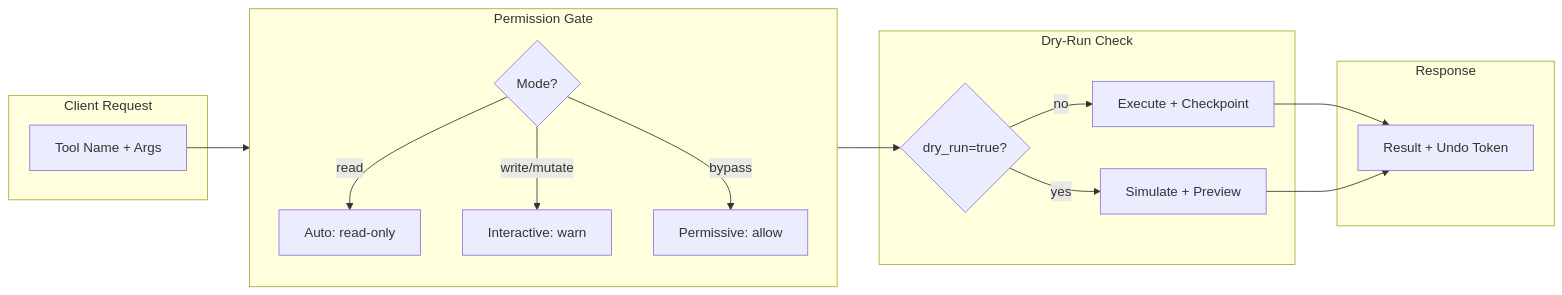
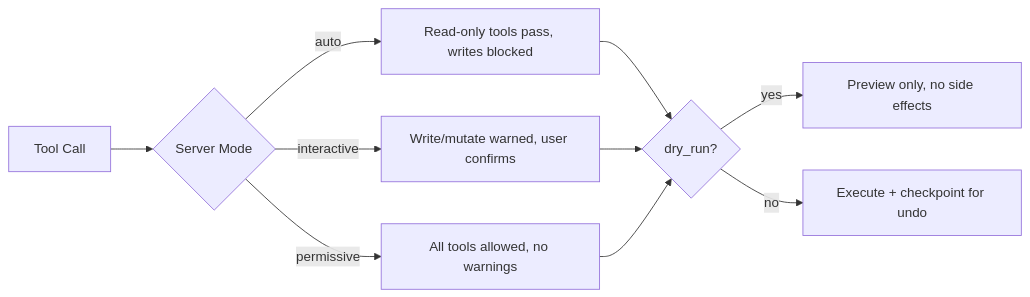
One commit to ohmpatel3877/CortexStratum changed the second of 3 diagrams in README.md. Above: the diagram before and after it, drawn with Mermaid. The commit also changed other lines of this file, not shown here.

First line of the commit message:
docs: rewrite README with 3-layer architecture, benchmarks, clear identity

````diff
--- a/README.md
+++ b/README.md
@@ -103,34 +81,12 @@
 ```mermaid
 flowchart LR
-    subgraph Input["Client Request"]
-        T[Tool Name + Args]
-    end
-    
-    subgraph Gate["Permission Gate"]
-        direction TB
-        PM{Mode?}
-        AUTO[Auto: read-only]
-        INT[Interactive: warn]
-        PERM[Permissive: allow]
-    end
-    
-    subgraph DryRun["Dry-Run Check"]
-        DR{dry_run=true?}
-        SIM[Simulate + Preview]
-        EXEC[Execute + Checkpoint]
-    end
-    
-    subgraph Output["Response"]
-        R[Result + Undo Token]
-    end
-    
-    T --> PM
-    PM -->|read| AUTO
-    PM -->|write/mutate| INT
-    PM -->|bypass| PERM
-    INT --> DR
-    DR -->|yes| SIM
-    DR -->|no| EXEC
-    EXEC --> R
-    SIM --> R
+    T[Tool Call] --> PM{Server Mode}
+    PM -->|auto| READ[Read-only tools pass, writes blocked]
+    PM -->|interactive| WARN[Write/mutate warned, user confirms]
+    PM -->|permissive| ALLOW[All tools allowed, no warnings]
+    READ --> DR{dry_run?}
+    WARN --> DR
+    ALLOW --> DR
+    DR -->|yes| SIM[Preview only, no side effects]
+    DR -->|no| EXEC[Execute + checkpoint for undo]
 ```
````
